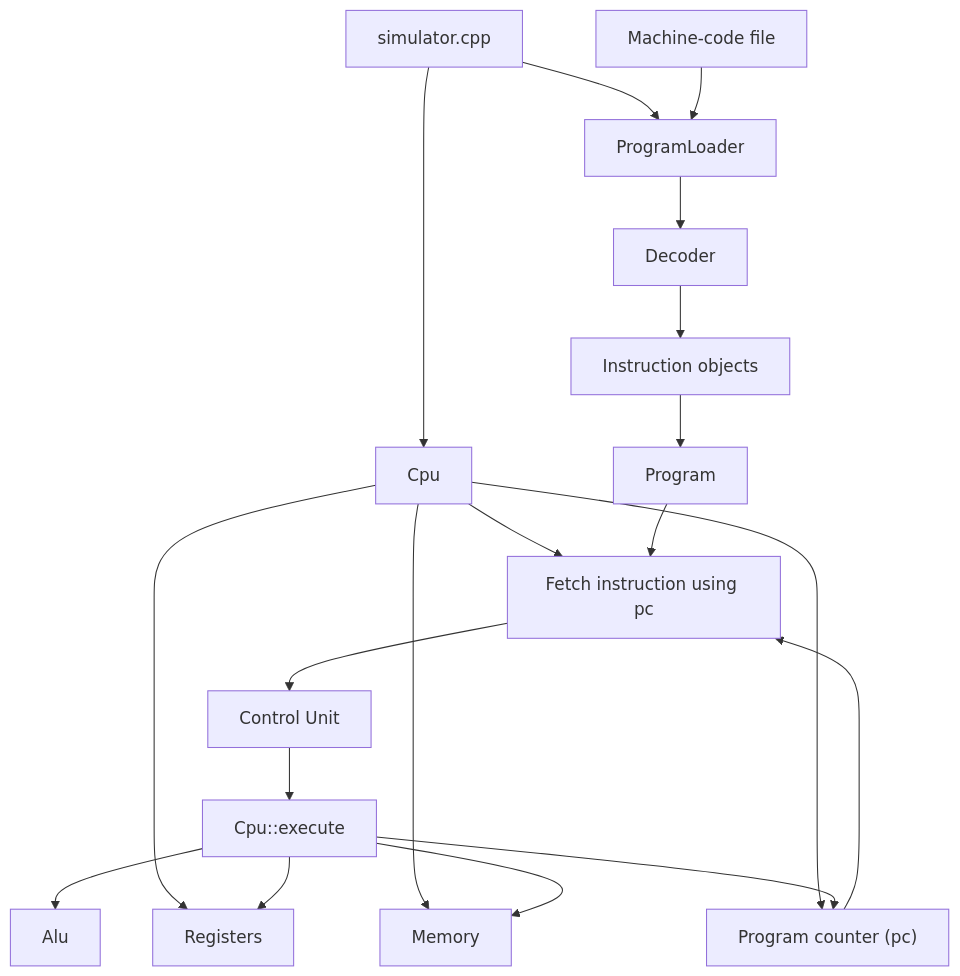
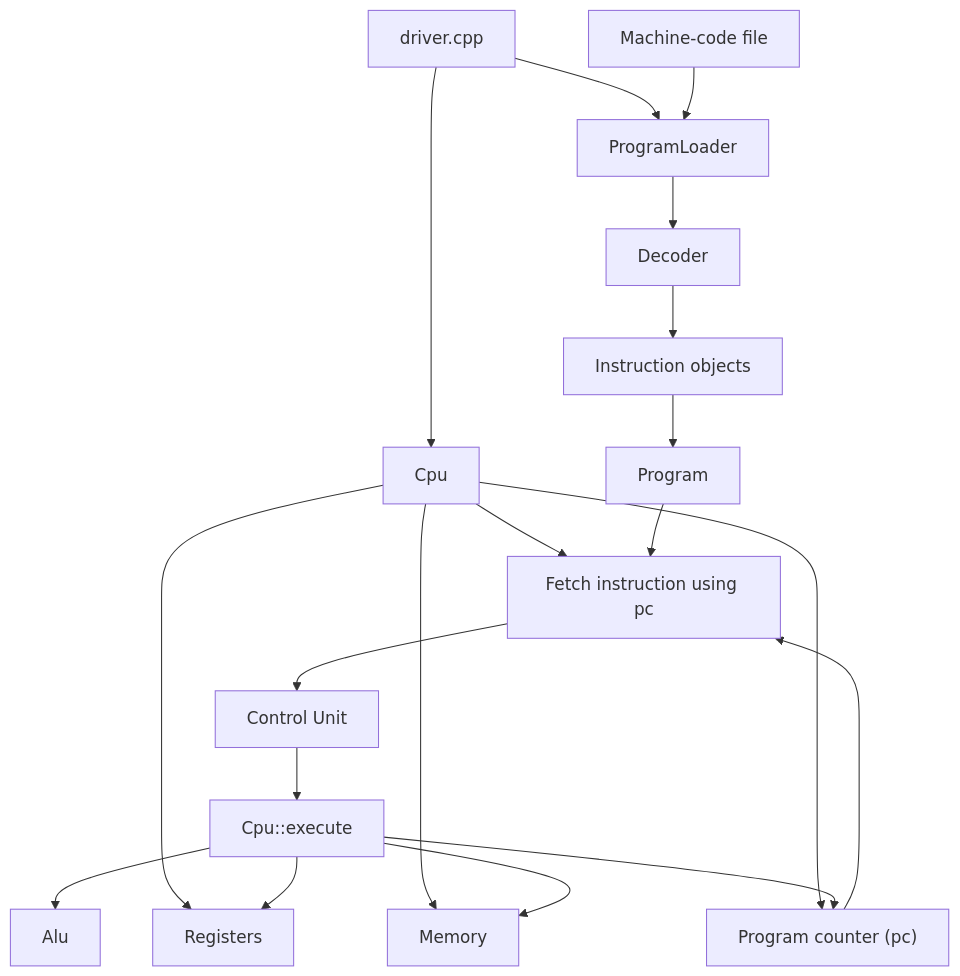
One commit to iitianpushkar/RISC-V-ISA-Simulator changed the diagram in README.md. Above: the diagram before and after it, drawn with Mermaid. The commit also changed other lines of this file and 3 other files, not shown here.

````diff
--- a/README.md
+++ b/README.md
@@ -21,21 +21,21 @@
 ```mermaid
 flowchart TD
-    A["simulator.cpp"] --> B["ProgramLoader"]
+    A["driver.cpp"] --> B["ProgramLoader"]
     N["Machine-code file"] --> B
     B --> C["Decoder"]
     C --> D["Instruction objects"]
     D --> E["Program"]
     A --> F["Cpu"]
     F --> G["Registers"]
     F --> H["Memory"]
     F --> I["Program counter (pc)"]
     F --> J["Fetch instruction using pc"]
     E --> J
     J --> M["Control Unit"]
     M --> K["Cpu::execute"]
     K --> L["Alu"]
     K --> G
     K --> H
     K --> I
     I --> J
 ```
````
